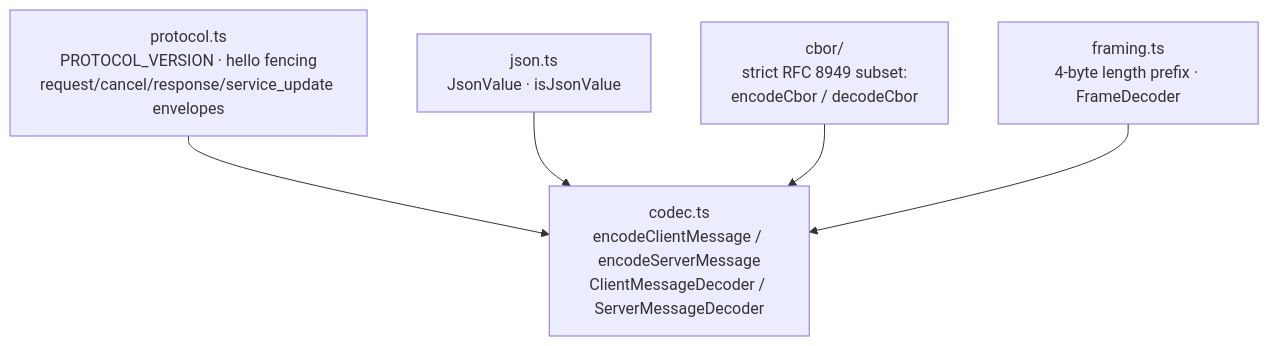
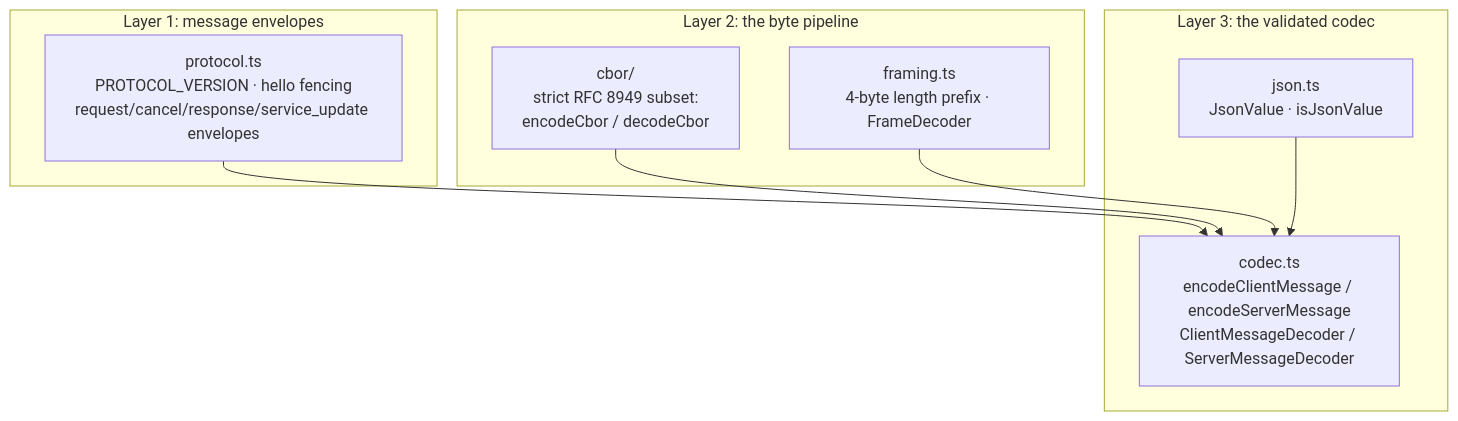
Before and after one commit to dgxRL/pi: the diagram in reduced/protocol/doc/src-overview.md, drawn with Mermaid. The commit also changed 25 other files, not shown here.

````diff
--- a/reduced/protocol/doc/src-overview.md
+++ b/reduced/protocol/doc/src-overview.md
@@ -7,7 +7,19 @@
 ```mermaid
 flowchart TD
-    P["protocol.ts<br/>PROTOCOL_VERSION · hello fencing<br/>request/cancel/response/service_update envelopes"] --> C["codec.ts<br/>encodeClientMessage / encodeServerMessage<br/>ClientMessageDecoder / ServerMessageDecoder"]
-    J["json.ts<br/>JsonValue · isJsonValue"] --> C
-    CB["cbor/<br/>strict RFC 8949 subset:<br/>encodeCbor / decodeCbor"] --> C
-    F["framing.ts<br/>4-byte length prefix · FrameDecoder"] --> C
+    subgraph L1["Layer 1: message envelopes"]
+        P["protocol.ts<br/>PROTOCOL_VERSION · hello fencing<br/>request/cancel/response/service_update envelopes"]
+    end
+    subgraph L2["Layer 2: the byte pipeline"]
+        CB["cbor/<br/>strict RFC 8949 subset:<br/>encodeCbor / decodeCbor"]
+        F["framing.ts<br/>4-byte length prefix · FrameDecoder"]
+    end
+    subgraph L3["Layer 3: the validated codec"]
+        J["json.ts<br/>JsonValue · isJsonValue"]
+        C["codec.ts<br/>encodeClientMessage / encodeServerMessage<br/>ClientMessageDecoder / ServerMessageDecoder"]
+    end
+
+    P --> C
+    CB --> C
+    F --> C
+    J --> C
 ```
````
